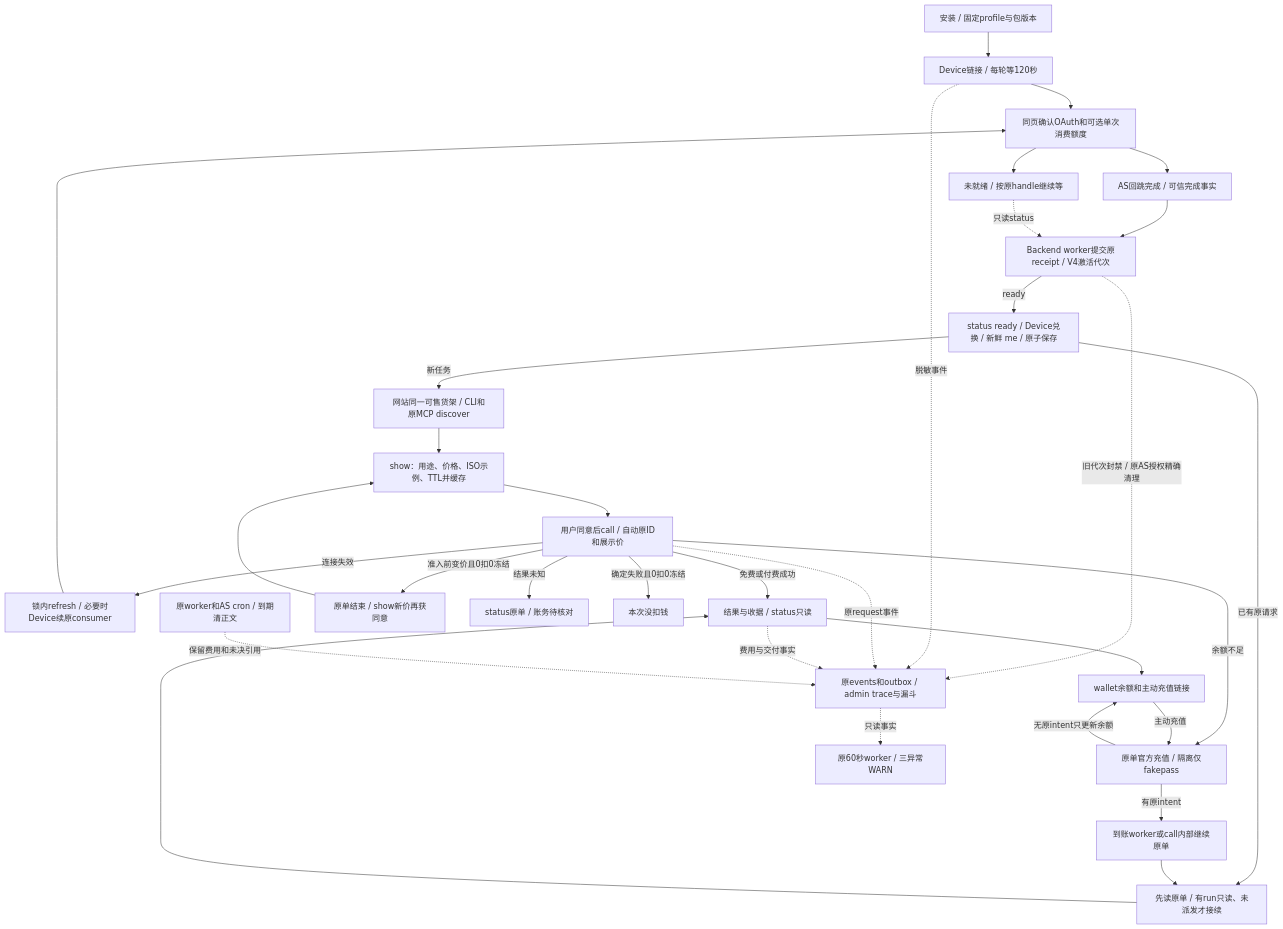
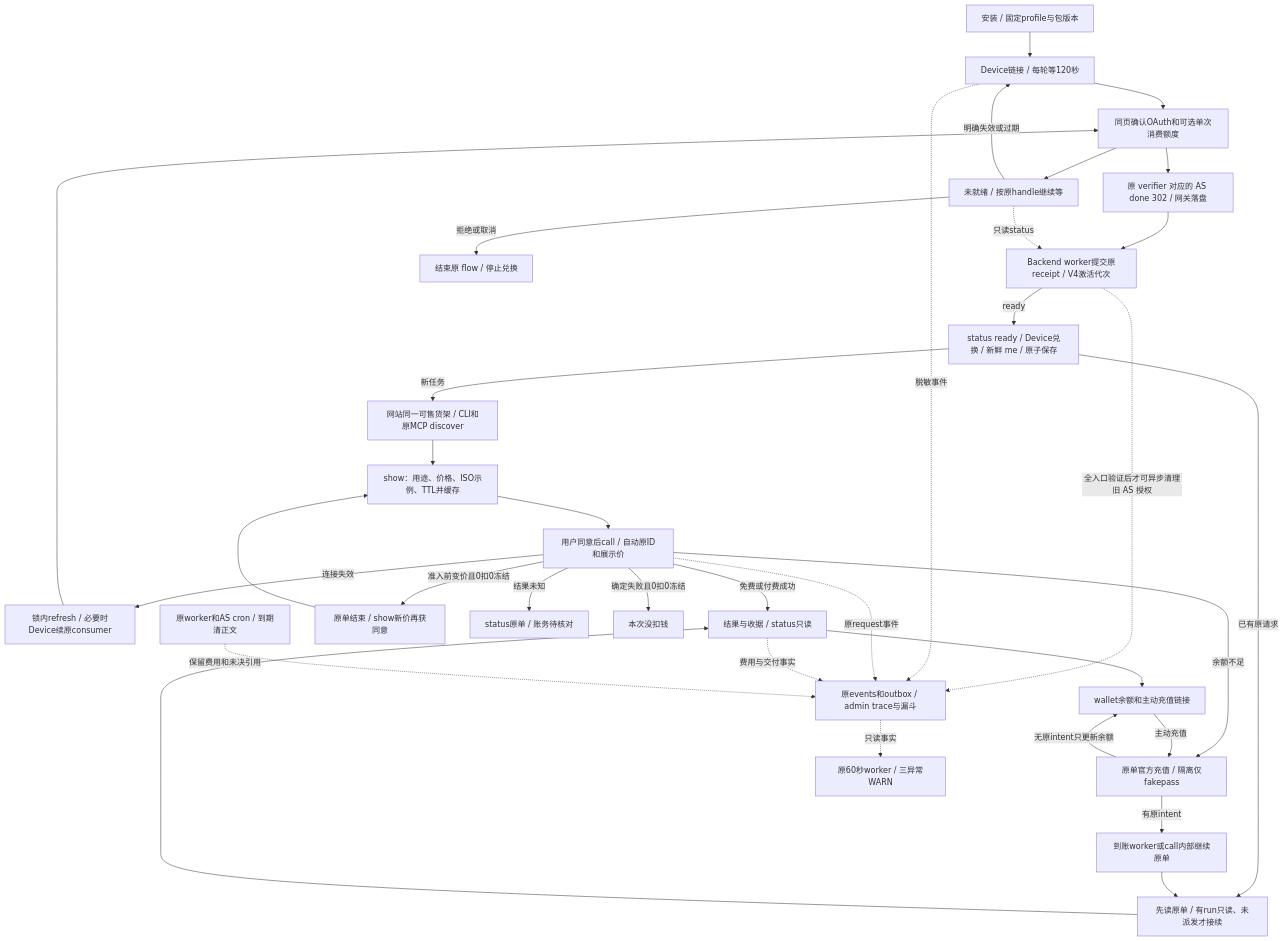
One commit to itpay-ai/cli changed the diagram in README.md. Above: the diagram before and after it, drawn with Mermaid. The commit also changed 2 other files, not shown here.

Commit message:
docs: identify the device completion signal

````diff
--- a/README.md
+++ b/README.md
@@ -5,34 +5,36 @@
 ```mermaid
 flowchart TD
  A01[安装 / 固定profile与包版本] --> A02[Device链接 / 每轮等120秒]
  A02 --> A03[同页确认OAuth和可选单次消费额度]
- A03 --> AS[AS回跳完成 / 可信完成事实]
+ A03 --> AS[原 verifier 对应的 AS done 302 / 网关落盘]
  AS --> HC[Backend worker提交原receipt / V4激活代次]
  A04 -->|新任务| B01[网站同一可售货架 / CLI和原MCP discover]
  B01 --> B02[show：用途、价格、ISO示例、TTL并缓存]
  B02 --> B03[用户同意后call / 自动原ID和展示价]
  B03 -->|连接失效| A05[锁内refresh / 必要时Device续原consumer]
  A05 --> A03
- HC -.旧代次封禁 / 原AS授权精确清理.-> O01
+ HC -.全入口验证后才可异步清理旧 AS 授权.-> O01
  A03 --> PENDING[未就绪 / 按原handle继续等]
  HC -->|ready| A04[status ready / Device兑换 / 新鲜 me / 原子保存]
  PENDING -.只读status.-> HC
+ PENDING -->|明确失效或过期| A02
+ PENDING -->|拒绝或取消| STOP[结束原 flow / 停止兑换]
  A04 -->|已有原请求| B04[先读原单 / 有run只读、未派发才接续]
  B04 --> R[结果与收据 / status只读]
  B03 -->|免费或付费成功| R
  B03 -->|余额不足| T[原单官方充值 / 隔离仅fakepass]
  T -->|有原intent| W[到账worker或call内部继续原单]
  W --> B04
  B03 -->|准入前变价且0扣0冻结| N[原单结束 / show新价再获同意]
  N --> B02
  B03 -->|结果未知| U[status原单 / 账务待核对]
  B03 -->|确定失败且0扣0冻结| F[本次没扣钱]
  R --> V[wallet余额和主动充值链接]
  V -->|主动充值| T
  T -->|无原intent只更新余额| V
  A02 -.脱敏事件.-> O01[原events和outbox / admin trace与漏斗]
  B03 -.原request事件.-> O01
  R -.费用与交付事实.-> O01
  O01 -.只读事实.-> O02[原60秒worker / 三异常WARN]
  O03[原worker和AS cron / 到期清正文] -.保留费用和未决引用.-> O01
 ```
````
